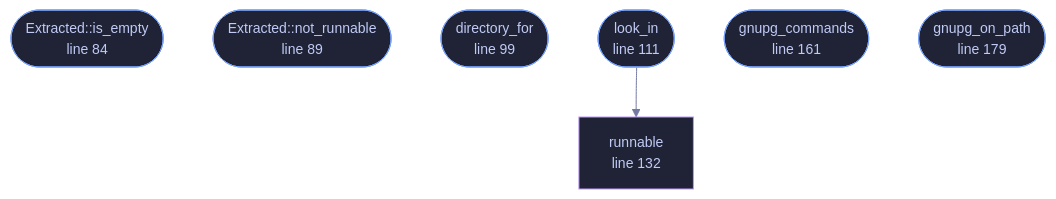
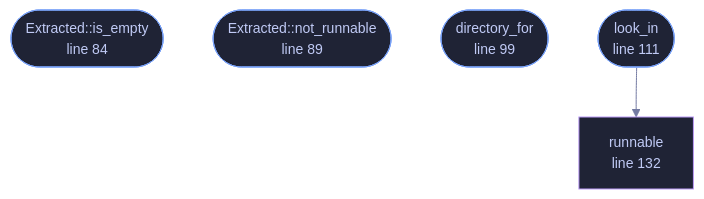
Before and after one commit to tilas01/veilvoice: the diagram in wiki/File-veilvoice-verify-extracted.md, drawn with Mermaid. The commit also changed other lines of this file and 40 other files, not shown here.

First line of the commit message:
gui: roadmap item 90, the GnuPG commands where the question is being asked

````diff
--- a/wiki/File-veilvoice-verify-extracted.md
+++ b/wiki/File-veilvoice-verify-extracted.md
@@ -99,23 +97,19 @@
 ```mermaid
 %%{init: {"theme":"base","themeVariables":{"background":"#1a1b26","primaryColor":"#1f2335","primaryTextColor":"#c0caf5","primaryBorderColor":"#7aa2f7","secondaryColor":"#16161e","tertiaryColor":"#16161e","lineColor":"#737aa2","textColor":"#c0caf5","mainBkg":"#1f2335","nodeBorder":"#7aa2f7","clusterBkg":"#16161e","clusterBorder":"#2f3549","fontFamily":"ui-monospace, SFMono-Regular, Consolas, monospace","fontSize":"14px"}}}%%
 flowchart TD
     n_is_empty(["Extracted::is_empty<br/>line 84"])
     n_not_runnable(["Extracted::not_runnable<br/>line 89"])
     n_directory_for(["directory_for<br/>line 99"])
     n_look_in(["look_in<br/>line 111"])
     n_runnable["runnable<br/>line 132"]
-    n_gnupg_commands(["gnupg_commands<br/>line 161"])
-    n_gnupg_on_path(["gnupg_on_path<br/>line 179"])
     n_look_in --> n_runnable
     click n_is_empty href "https://github.com/tilas01/veilvoice/blob/main/crates/veilvoice-verify/src/extracted.rs#L84" "open the source"
     click n_not_runnable href "https://github.com/tilas01/veilvoice/blob/main/crates/veilvoice-verify/src/extracted.rs#L89" "open the source"
     click n_directory_for href "https://github.com/tilas01/veilvoice/blob/main/crates/veilvoice-verify/src/extracted.rs#L99" "open the source"
     click n_look_in href "https://github.com/tilas01/veilvoice/blob/main/crates/veilvoice-verify/src/extracted.rs#L111" "open the source"
     click n_runnable href "https://github.com/tilas01/veilvoice/blob/main/crates/veilvoice-verify/src/extracted.rs#L132" "open the source"
-    click n_gnupg_commands href "https://github.com/tilas01/veilvoice/blob/main/crates/veilvoice-verify/src/extracted.rs#L161" "open the source"
-    click n_gnupg_on_path href "https://github.com/tilas01/veilvoice/blob/main/crates/veilvoice-verify/src/extracted.rs#L179" "open the source"
     classDef entry fill:#1f2335,stroke:#7aa2f7,color:#c0caf5
-    class n_is_empty,n_not_runnable,n_directory_for,n_look_in,n_gnupg_commands,n_gnupg_on_path entry
+    class n_is_empty,n_not_runnable,n_directory_for,n_look_in entry
     classDef helper fill:#1f2335,stroke:#bb9af7,color:#c0caf5
     class n_runnable helper
 ```
````
